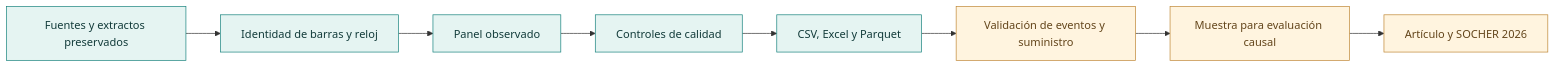
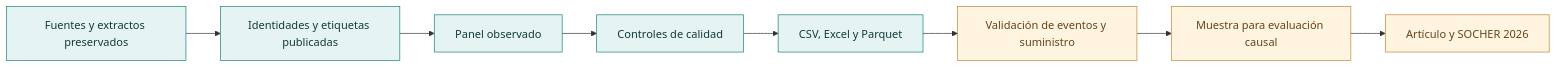
One commit to a-cartes/datacenter changed the diagram in README.md. Above: the diagram before and after it, drawn with Mermaid. The commit also changed other lines of this file and 16 other files, not shown here.

````diff
--- a/README.md
+++ b/README.md
@@ -42,14 +44,14 @@
 ```mermaid
 flowchart LR
-    A[Fuentes y extractos preservados] --> B[Identidad de barras y reloj]
+    A[Fuentes y extractos preservados] --> B[Identidades y etiquetas publicadas]
     B --> C[Panel observado]
     C --> D[Controles de calidad]
     D --> E[CSV, Excel y Parquet]
     E --> F[Validación de eventos y suministro]
     F --> G[Muestra para evaluación causal]
     G --> H[Artículo y SOCHER 2026]
     classDef disponible fill:#e5f4f2,stroke:#16827d,color:#123b3a;
     classDef pendiente fill:#fff4df,stroke:#bf8735,color:#63451b;
     class A,B,C,D,E disponible;
     class F,G,H pendiente;
 ```
````
